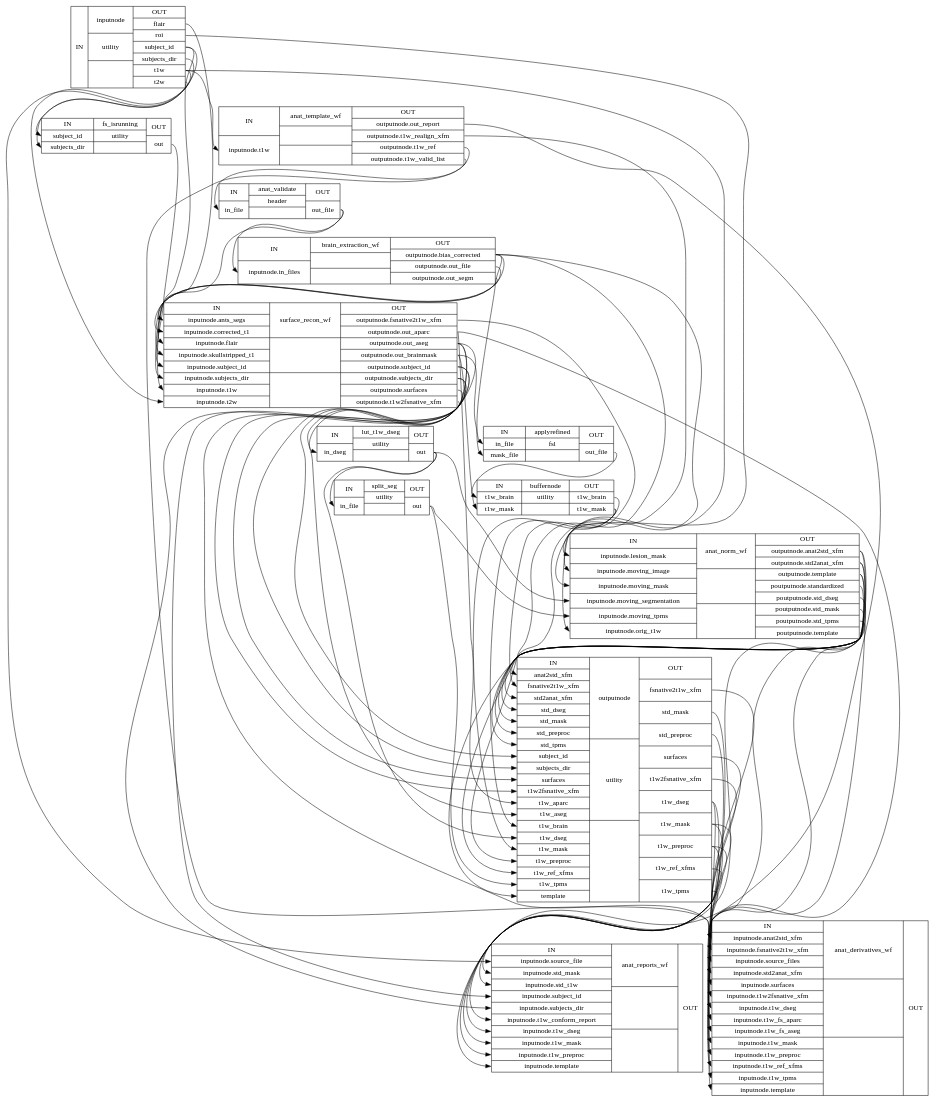
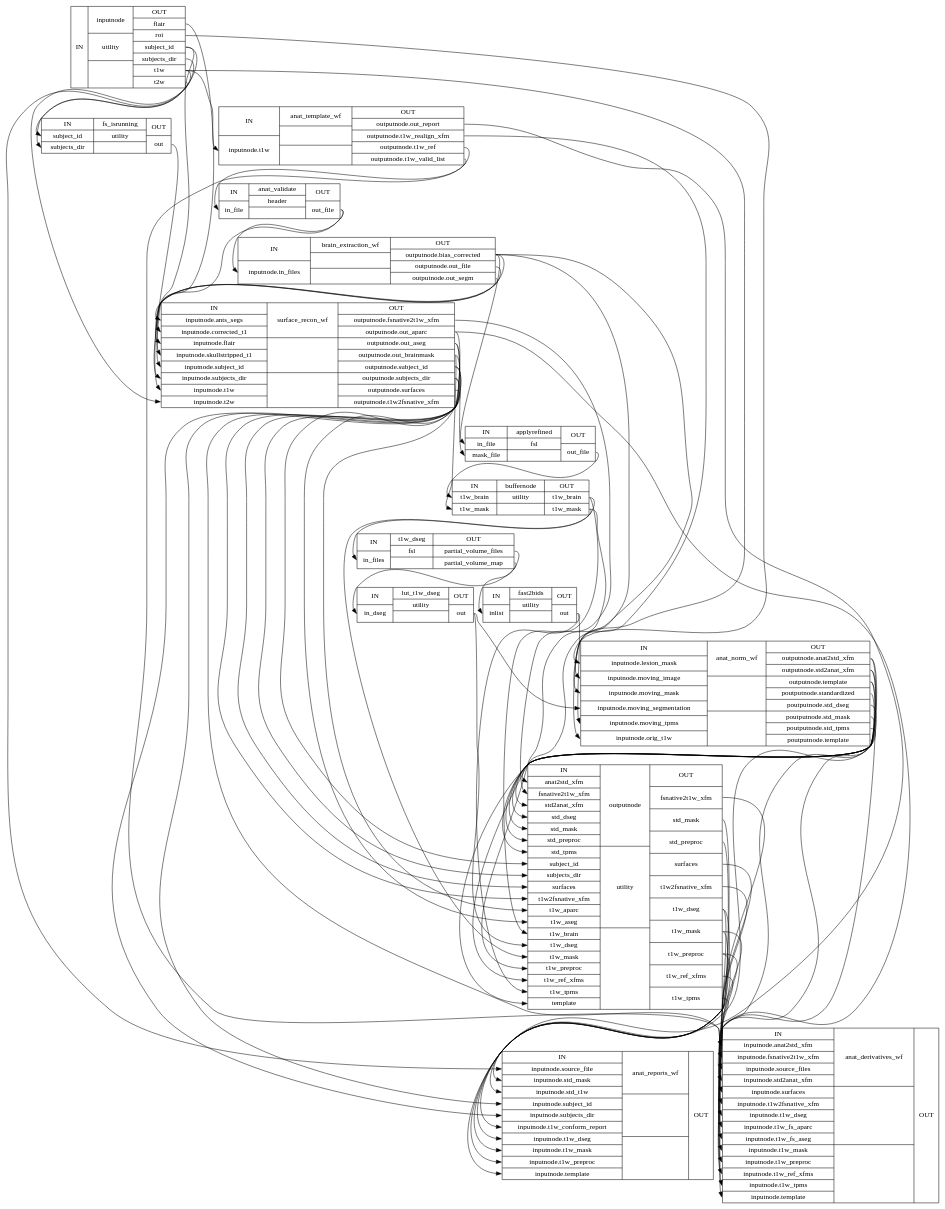
The diagram in 0.5.0/wf_directive/api/anat_preproc_wf/smriprep-workflows-anatomical-1_detailed.dot (pcamach2/smriprep), drawn with Graphviz before and after one commit. The commit also changed 2171 other files, not shown here.

```diff
--- a/0.5.0/wf_directive/api/anat_preproc_wf/smriprep-workflows-anatomical-1_detailed.dot
+++ b/0.5.0/wf_directive/api/anat_preproc_wf/smriprep-workflows-anatomical-1_detailed.dot
@@ -1,86 +1,88 @@
 digraph structs {
 node [shape=record];
 anat_preproc_wfinputnode [label="{IN}|{ inputnode | utility |  }|{OUT|<outflair> flair|<outroi> roi|<outsubjectid> subject_id|<outsubjectsdir> subjects_dir|<outt1w> t1w|<outt2w> t2w}"];
 anat_preproc_wfanat_template_wf [label="{IN|<ininputnodet1w> inputnode.t1w}|{ anat_template_wf |  |  }|{OUT|<outoutputnodeoutreport> outputnode.out_report|<outoutputnodet1wrealignxfm> outputnode.t1w_realign_xfm|<outoutputnodet1wref> outputnode.t1w_ref|<outoutputnodet1wvalidlist> outputnode.t1w_valid_list}"];
 anat_preproc_wffs_isrunning [label="{IN|<insubjectid> subject_id|<insubjectsdir> subjects_dir}|{ fs_isrunning | utility |  }|{OUT|<outout> out}"];
 anat_preproc_wfanat_validate [label="{IN|<ininfile> in_file}|{ anat_validate | header |  }|{OUT|<outoutfile> out_file}"];
 anat_preproc_wfbrain_extraction_wf [label="{IN|<ininputnodeinfiles> inputnode.in_files}|{ brain_extraction_wf |  |  }|{OUT|<outoutputnodebiascorrected> outputnode.bias_corrected|<outoutputnodeoutfile> outputnode.out_file|<outoutputnodeoutsegm> outputnode.out_segm}"];
 anat_preproc_wfsurface_recon_wf [label="{IN|<ininputnodeantssegs> inputnode.ants_segs|<ininputnodecorrectedt1> inputnode.corrected_t1|<ininputnodeflair> inputnode.flair|<ininputnodeskullstrippedt1> inputnode.skullstripped_t1|<ininputnodesubjectid> inputnode.subject_id|<ininputnodesubjectsdir> inputnode.subjects_dir|<ininputnodet1w> inputnode.t1w|<ininputnodet2w> inputnode.t2w}|{ surface_recon_wf |  |  }|{OUT|<outoutputnodefsnative2t1wxfm> outputnode.fsnative2t1w_xfm|<outoutputnodeoutaparc> outputnode.out_aparc|<outoutputnodeoutaseg> outputnode.out_aseg|<outoutputnodeoutbrainmask> outputnode.out_brainmask|<outoutputnodesubjectid> outputnode.subject_id|<outoutputnodesubjectsdir> outputnode.subjects_dir|<outoutputnodesurfaces> outputnode.surfaces|<outoutputnodet1w2fsnativexfm> outputnode.t1w2fsnative_xfm}"];
 anat_preproc_wfapplyrefined [label="{IN|<ininfile> in_file|<inmaskfile> mask_file}|{ applyrefined | fsl |  }|{OUT|<outoutfile> out_file}"];
+anat_preproc_wfbuffernode [label="{IN|<int1wbrain> t1w_brain|<int1wmask> t1w_mask}|{ buffernode | utility |  }|{OUT|<outt1wbrain> t1w_brain|<outt1wmask> t1w_mask}"];
+anat_preproc_wft1w_dseg [label="{IN|<ininfiles> in_files}|{ t1w_dseg | fsl |  }|{OUT|<outpartialvolumefiles> partial_volume_files|<outpartialvolumemap> partial_volume_map}"];
 anat_preproc_wflut_t1w_dseg [label="{IN|<inindseg> in_dseg}|{ lut_t1w_dseg | utility |  }|{OUT|<outout> out}"];
-anat_preproc_wfbuffernode [label="{IN|<int1wbrain> t1w_brain|<int1wmask> t1w_mask}|{ buffernode | utility |  }|{OUT|<outt1wbrain> t1w_brain|<outt1wmask> t1w_mask}"];
-anat_preproc_wfsplit_seg [label="{IN|<ininfile> in_file}|{ split_seg | utility |  }|{OUT|<outout> out}"];
+anat_preproc_wffast2bids [label="{IN|<ininlist> inlist}|{ fast2bids | utility |  }|{OUT|<outout> out}"];
 anat_preproc_wfanat_norm_wf [label="{IN|<ininputnodelesionmask> inputnode.lesion_mask|<ininputnodemovingimage> inputnode.moving_image|<ininputnodemovingmask> inputnode.moving_mask|<ininputnodemovingsegmentation> inputnode.moving_segmentation|<ininputnodemovingtpms> inputnode.moving_tpms|<ininputnodeorigt1w> inputnode.orig_t1w}|{ anat_norm_wf |  |  }|{OUT|<outoutputnodeanat2stdxfm> outputnode.anat2std_xfm|<outoutputnodestd2anatxfm> outputnode.std2anat_xfm|<outoutputnodetemplate> outputnode.template|<outpoutputnodestandardized> poutputnode.standardized|<outpoutputnodestddseg> poutputnode.std_dseg|<outpoutputnodestdmask> poutputnode.std_mask|<outpoutputnodestdtpms> poutputnode.std_tpms|<outpoutputnodetemplate> poutputnode.template}"];
 anat_preproc_wfoutputnode [label="{IN|<inanat2stdxfm> anat2std_xfm|<infsnative2t1wxfm> fsnative2t1w_xfm|<instd2anatxfm> std2anat_xfm|<instddseg> std_dseg|<instdmask> std_mask|<instdpreproc> std_preproc|<instdtpms> std_tpms|<insubjectid> subject_id|<insubjectsdir> subjects_dir|<insurfaces> surfaces|<int1w2fsnativexfm> t1w2fsnative_xfm|<int1waparc> t1w_aparc|<int1waseg> t1w_aseg|<int1wbrain> t1w_brain|<int1wdseg> t1w_dseg|<int1wmask> t1w_mask|<int1wpreproc> t1w_preproc|<int1wrefxfms> t1w_ref_xfms|<int1wtpms> t1w_tpms|<intemplate> template}|{ outputnode | utility |  }|{OUT|<outfsnative2t1wxfm> fsnative2t1w_xfm|<outstdmask> std_mask|<outstdpreproc> std_preproc|<outsurfaces> surfaces|<outt1w2fsnativexfm> t1w2fsnative_xfm|<outt1wdseg> t1w_dseg|<outt1wmask> t1w_mask|<outt1wpreproc> t1w_preproc|<outt1wrefxfms> t1w_ref_xfms|<outt1wtpms> t1w_tpms}"];
 anat_preproc_wfanat_reports_wf [label="{IN|<ininputnodesourcefile> inputnode.source_file|<ininputnodestdmask> inputnode.std_mask|<ininputnodestdt1w> inputnode.std_t1w|<ininputnodesubjectid> inputnode.subject_id|<ininputnodesubjectsdir> inputnode.subjects_dir|<ininputnodet1wconformreport> inputnode.t1w_conform_report|<ininputnodet1wdseg> inputnode.t1w_dseg|<ininputnodet1wmask> inputnode.t1w_mask|<ininputnodet1wpreproc> inputnode.t1w_preproc|<ininputnodetemplate> inputnode.template}|{ anat_reports_wf |  |  }|{OUT}"];
 anat_preproc_wfanat_derivatives_wf [label="{IN|<ininputnodeanat2stdxfm> inputnode.anat2std_xfm|<ininputnodefsnative2t1wxfm> inputnode.fsnative2t1w_xfm|<ininputnodesourcefiles> inputnode.source_files|<ininputnodestd2anatxfm> inputnode.std2anat_xfm|<ininputnodesurfaces> inputnode.surfaces|<ininputnodet1w2fsnativexfm> inputnode.t1w2fsnative_xfm|<ininputnodet1wdseg> inputnode.t1w_dseg|<ininputnodet1wfsaparc> inputnode.t1w_fs_aparc|<ininputnodet1wfsaseg> inputnode.t1w_fs_aseg|<ininputnodet1wmask> inputnode.t1w_mask|<ininputnodet1wpreproc> inputnode.t1w_preproc|<ininputnodet1wrefxfms> inputnode.t1w_ref_xfms|<ininputnodet1wtpms> inputnode.t1w_tpms|<ininputnodetemplate> inputnode.template}|{ anat_derivatives_wf |  |  }|{OUT}"];
 anat_preproc_wfanat_norm_wf:outoutputnodeanat2stdxfm:e -> anat_preproc_wfanat_derivatives_wf:ininputnodeanat2stdxfm:w;
 anat_preproc_wfanat_norm_wf:outoutputnodeanat2stdxfm:e -> anat_preproc_wfoutputnode:inanat2stdxfm:w;
 anat_preproc_wfanat_norm_wf:outoutputnodestd2anatxfm:e -> anat_preproc_wfanat_derivatives_wf:ininputnodestd2anatxfm:w;
 anat_preproc_wfanat_norm_wf:outoutputnodestd2anatxfm:e -> anat_preproc_wfoutputnode:instd2anatxfm:w;
 anat_preproc_wfanat_norm_wf:outoutputnodetemplate:e -> anat_preproc_wfanat_derivatives_wf:ininputnodetemplate:w;
 anat_preproc_wfanat_norm_wf:outoutputnodetemplate:e -> anat_preproc_wfoutputnode:intemplate:w;
 anat_preproc_wfanat_norm_wf:outpoutputnodestandardized:e -> anat_preproc_wfoutputnode:instdpreproc:w;
 anat_preproc_wfanat_norm_wf:outpoutputnodestddseg:e -> anat_preproc_wfoutputnode:instddseg:w;
 anat_preproc_wfanat_norm_wf:outpoutputnodestdmask:e -> anat_preproc_wfoutputnode:instdmask:w;
 anat_preproc_wfanat_norm_wf:outpoutputnodestdtpms:e -> anat_preproc_wfoutputnode:instdtpms:w;
 anat_preproc_wfanat_norm_wf:outpoutputnodetemplate:e -> anat_preproc_wfanat_reports_wf:ininputnodetemplate:w;
 anat_preproc_wfanat_template_wf:outoutputnodeoutreport:e -> anat_preproc_wfanat_reports_wf:ininputnodet1wconformreport:w;
 anat_preproc_wfanat_template_wf:outoutputnodet1wrealignxfm:e -> anat_preproc_wfoutputnode:int1wrefxfms:w;
 anat_preproc_wfanat_template_wf:outoutputnodet1wref:e -> anat_preproc_wfanat_validate:ininfile:w;
 anat_preproc_wfanat_template_wf:outoutputnodet1wvalidlist:e -> anat_preproc_wfanat_derivatives_wf:ininputnodesourcefiles:w;
 anat_preproc_wfanat_validate:outoutfile:e -> anat_preproc_wfbrain_extraction_wf:ininputnodeinfiles:w;
 anat_preproc_wfanat_validate:outoutfile:e -> anat_preproc_wfsurface_recon_wf:ininputnodet1w:w;
 anat_preproc_wfapplyrefined:outoutfile:e -> anat_preproc_wfbuffernode:int1wbrain:w;
 anat_preproc_wfbrain_extraction_wf:outoutputnodebiascorrected:e -> anat_preproc_wfanat_norm_wf:ininputnodemovingimage:w;
 anat_preproc_wfbrain_extraction_wf:outoutputnodebiascorrected:e -> anat_preproc_wfapplyrefined:ininfile:w;
 anat_preproc_wfbrain_extraction_wf:outoutputnodebiascorrected:e -> anat_preproc_wfoutputnode:int1wpreproc:w;
 anat_preproc_wfbrain_extraction_wf:outoutputnodebiascorrected:e -> anat_preproc_wfsurface_recon_wf:ininputnodecorrectedt1:w;
 anat_preproc_wfbrain_extraction_wf:outoutputnodeoutfile:e -> anat_preproc_wfsurface_recon_wf:ininputnodeskullstrippedt1:w;
 anat_preproc_wfbrain_extraction_wf:outoutputnodeoutsegm:e -> anat_preproc_wfsurface_recon_wf:ininputnodeantssegs:w;
 anat_preproc_wfbuffernode:outt1wbrain:e -> anat_preproc_wfoutputnode:int1wbrain:w;
+anat_preproc_wfbuffernode:outt1wbrain:e -> anat_preproc_wft1w_dseg:ininfiles:w;
 anat_preproc_wfbuffernode:outt1wmask:e -> anat_preproc_wfanat_norm_wf:ininputnodemovingmask:w;
 anat_preproc_wfbuffernode:outt1wmask:e -> anat_preproc_wfoutputnode:int1wmask:w;
+anat_preproc_wffast2bids:outout:e -> anat_preproc_wfanat_norm_wf:ininputnodemovingtpms:w;
+anat_preproc_wffast2bids:outout:e -> anat_preproc_wfoutputnode:int1wtpms:w;
 anat_preproc_wffs_isrunning:outout:e -> anat_preproc_wfsurface_recon_wf:ininputnodesubjectsdir:w;
 anat_preproc_wfinputnode:outflair:e -> anat_preproc_wfsurface_recon_wf:ininputnodeflair:w;
 anat_preproc_wfinputnode:outroi:e -> anat_preproc_wfanat_norm_wf:ininputnodelesionmask:w;
 anat_preproc_wfinputnode:outsubjectid:e -> anat_preproc_wffs_isrunning:insubjectid:w;
 anat_preproc_wfinputnode:outsubjectid:e -> anat_preproc_wfsurface_recon_wf:ininputnodesubjectid:w;
 anat_preproc_wfinputnode:outsubjectsdir:e -> anat_preproc_wffs_isrunning:insubjectsdir:w;
 anat_preproc_wfinputnode:outt1w:e -> anat_preproc_wfanat_norm_wf:ininputnodeorigt1w:w;
 anat_preproc_wfinputnode:outt1w:e -> anat_preproc_wfanat_reports_wf:ininputnodesourcefile:w;
 anat_preproc_wfinputnode:outt1w:e -> anat_preproc_wfanat_template_wf:ininputnodet1w:w;
 anat_preproc_wfinputnode:outt2w:e -> anat_preproc_wfsurface_recon_wf:ininputnodet2w:w;
 anat_preproc_wflut_t1w_dseg:outout:e -> anat_preproc_wfanat_norm_wf:ininputnodemovingsegmentation:w;
 anat_preproc_wflut_t1w_dseg:outout:e -> anat_preproc_wfoutputnode:int1wdseg:w;
-anat_preproc_wflut_t1w_dseg:outout:e -> anat_preproc_wfsplit_seg:ininfile:w;
 anat_preproc_wfoutputnode:outfsnative2t1wxfm:e -> anat_preproc_wfanat_derivatives_wf:ininputnodefsnative2t1wxfm:w;
 anat_preproc_wfoutputnode:outstdmask:e -> anat_preproc_wfanat_reports_wf:ininputnodestdmask:w;
 anat_preproc_wfoutputnode:outstdpreproc:e -> anat_preproc_wfanat_reports_wf:ininputnodestdt1w:w;
 anat_preproc_wfoutputnode:outsurfaces:e -> anat_preproc_wfanat_derivatives_wf:ininputnodesurfaces:w;
 anat_preproc_wfoutputnode:outt1w2fsnativexfm:e -> anat_preproc_wfanat_derivatives_wf:ininputnodet1w2fsnativexfm:w;
 anat_preproc_wfoutputnode:outt1wdseg:e -> anat_preproc_wfanat_derivatives_wf:ininputnodet1wdseg:w;
 anat_preproc_wfoutputnode:outt1wdseg:e -> anat_preproc_wfanat_reports_wf:ininputnodet1wdseg:w;
 anat_preproc_wfoutputnode:outt1wmask:e -> anat_preproc_wfanat_derivatives_wf:ininputnodet1wmask:w;
 anat_preproc_wfoutputnode:outt1wmask:e -> anat_preproc_wfanat_reports_wf:ininputnodet1wmask:w;
 anat_preproc_wfoutputnode:outt1wpreproc:e -> anat_preproc_wfanat_derivatives_wf:ininputnodet1wpreproc:w;
 anat_preproc_wfoutputnode:outt1wpreproc:e -> anat_preproc_wfanat_reports_wf:ininputnodet1wpreproc:w;
 anat_preproc_wfoutputnode:outt1wrefxfms:e -> anat_preproc_wfanat_derivatives_wf:ininputnodet1wrefxfms:w;
 anat_preproc_wfoutputnode:outt1wtpms:e -> anat_preproc_wfanat_derivatives_wf:ininputnodet1wtpms:w;
-anat_preproc_wfsplit_seg:outout:e -> anat_preproc_wfanat_norm_wf:ininputnodemovingtpms:w;
-anat_preproc_wfsplit_seg:outout:e -> anat_preproc_wfoutputnode:int1wtpms:w;
 anat_preproc_wfsurface_recon_wf:outoutputnodefsnative2t1wxfm:e -> anat_preproc_wfoutputnode:infsnative2t1wxfm:w;
 anat_preproc_wfsurface_recon_wf:outoutputnodeoutaparc:e -> anat_preproc_wfanat_derivatives_wf:ininputnodet1wfsaparc:w;
 anat_preproc_wfsurface_recon_wf:outoutputnodeoutaparc:e -> anat_preproc_wfoutputnode:int1waparc:w;
 anat_preproc_wfsurface_recon_wf:outoutputnodeoutaseg:e -> anat_preproc_wfanat_derivatives_wf:ininputnodet1wfsaseg:w;
-anat_preproc_wfsurface_recon_wf:outoutputnodeoutaseg:e -> anat_preproc_wflut_t1w_dseg:inindseg:w;
 anat_preproc_wfsurface_recon_wf:outoutputnodeoutaseg:e -> anat_preproc_wfoutputnode:int1waseg:w;
 anat_preproc_wfsurface_recon_wf:outoutputnodeoutbrainmask:e -> anat_preproc_wfapplyrefined:inmaskfile:w;
 anat_preproc_wfsurface_recon_wf:outoutputnodeoutbrainmask:e -> anat_preproc_wfbuffernode:int1wmask:w;
 anat_preproc_wfsurface_recon_wf:outoutputnodesubjectid:e -> anat_preproc_wfanat_reports_wf:ininputnodesubjectid:w;
 anat_preproc_wfsurface_recon_wf:outoutputnodesubjectid:e -> anat_preproc_wfoutputnode:insubjectid:w;
 anat_preproc_wfsurface_recon_wf:outoutputnodesubjectsdir:e -> anat_preproc_wfanat_reports_wf:ininputnodesubjectsdir:w;
 anat_preproc_wfsurface_recon_wf:outoutputnodesubjectsdir:e -> anat_preproc_wfoutputnode:insubjectsdir:w;
 anat_preproc_wfsurface_recon_wf:outoutputnodesurfaces:e -> anat_preproc_wfoutputnode:insurfaces:w;
 anat_preproc_wfsurface_recon_wf:outoutputnodet1w2fsnativexfm:e -> anat_preproc_wfoutputnode:int1w2fsnativexfm:w;
+anat_preproc_wft1w_dseg:outpartialvolumefiles:e -> anat_preproc_wffast2bids:ininlist:w;
+anat_preproc_wft1w_dseg:outpartialvolumemap:e -> anat_preproc_wflut_t1w_dseg:inindseg:w;
 }
```
